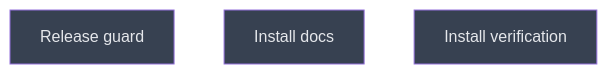
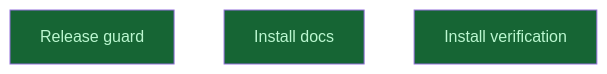
The diagram in __roadmap__/agent_plugins/integrate/README.md (LittleCoinCoin/mcp-biomodelling-servers), drawn with Mermaid before and after one commit. The commit also changed other lines of this file and 2 other files, not shown here.

Commit message:
docs(roadmap): record plugin install verification
Claude Code checks and their outcomes; Codex and VS Code are pending a
manual check.

````diff
--- a/__roadmap__/agent_plugins/integrate/README.md
+++ b/__roadmap__/agent_plugins/integrate/README.md
@@ -17,11 +17,11 @@
 ```mermaid
 graph TD
-    release_guard[Release guard]:::planned
-    docs[Install docs]:::planned
-    verify[Install verification]:::planned
+    release_guard[Release guard]:::done
+    docs[Install docs]:::done
+    verify[Install verification]:::done
     classDef done       fill:#166534,color:#bbf7d0
     classDef inprogress fill:#854d0e,color:#fef08a
     classDef planned    fill:#374151,color:#e5e7eb
     classDef amendment  fill:#1e3a5f,color:#bfdbfe
     classDef blocked    fill:#7f1d1d,color:#fecaca
 ```
````
